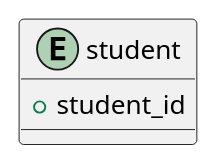
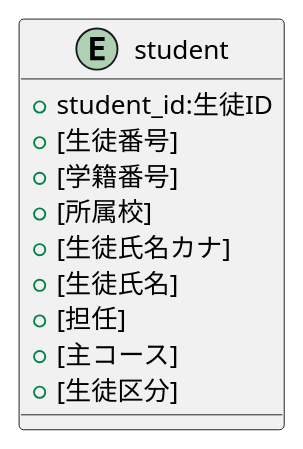
The diagram in Entity/student.pu (popoposorara/ERP_ER), drawn with PlantUML before and after one commit. The commit also changed 5 other files, not shown here.

```diff
--- a/Entity/student.pu
+++ b/Entity/student.pu
@@ -1,7 +1,15 @@
 @startuml
 
 entity "student"{
-    + student_id
+    + student_id:生徒ID
+    + [生徒番号]
+    + [学籍番号]
+    + [所属校]
+    + [生徒氏名カナ]
+    + [生徒氏名]
+    + [担任]
+    + [主コース]
+    + [生徒区分] 
 }
 
 @enduml
```
